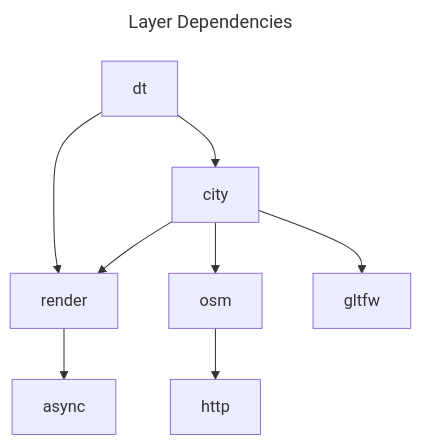
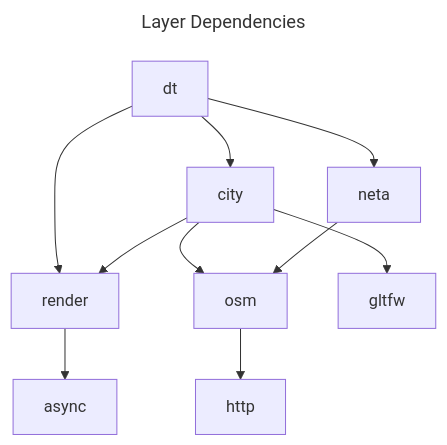
The diagram in docs/Design.md (MartinJespersen/DTCity), drawn with Mermaid before and after one commit. The commit also changed other lines of this file and 5 other files, not shown here.

````diff
--- a/docs/Design.md
+++ b/docs/Design.md
@@ -3,13 +3,15 @@
 ```mermaid
 ---
 title: Layer Dependencies
 ---
 graph TD 
     dt --> render
     dt --> city 
     render --> async
     city --> render
     city --> osm
     osm --> http
+    dt --> neta
+    neta --> osm
     city --> gltfw
 ```
````
